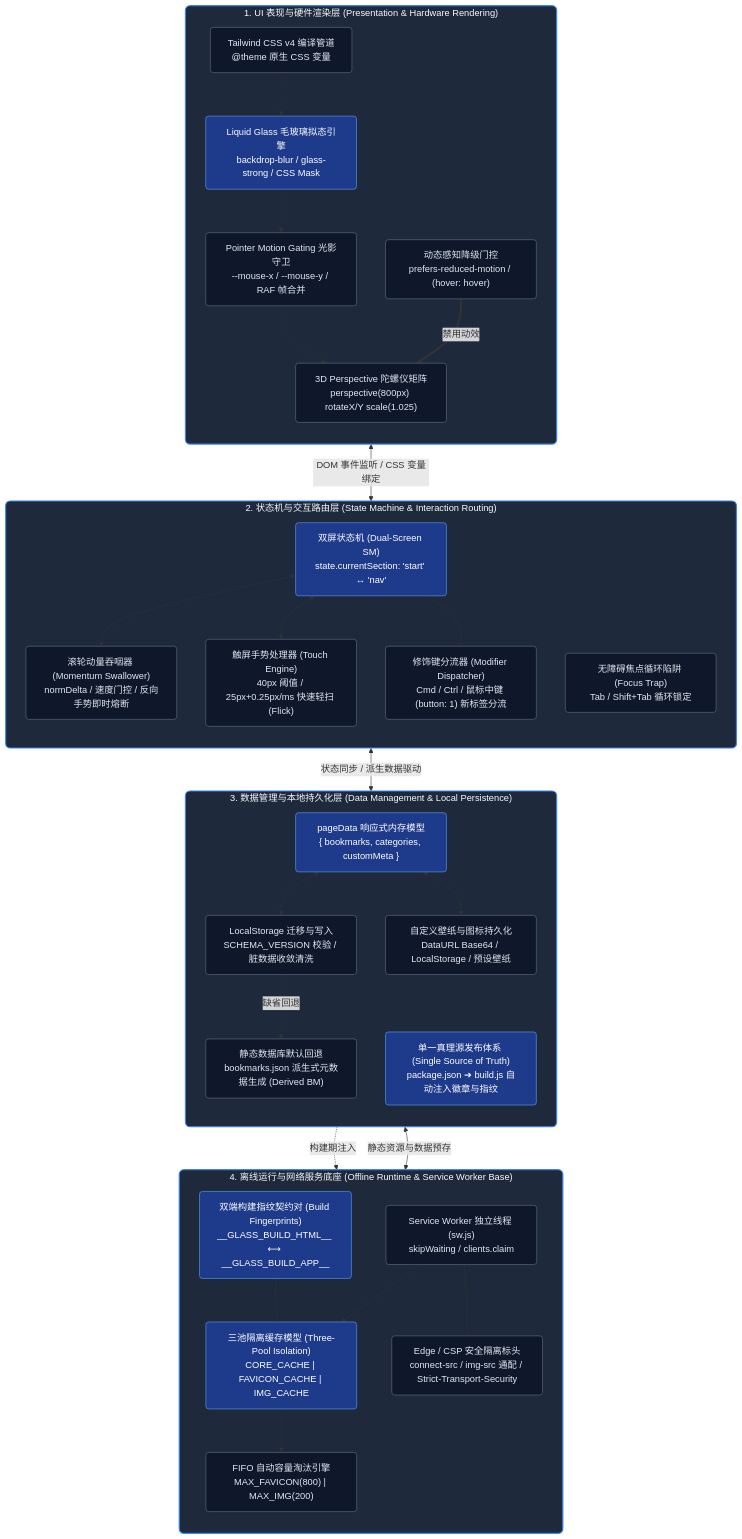
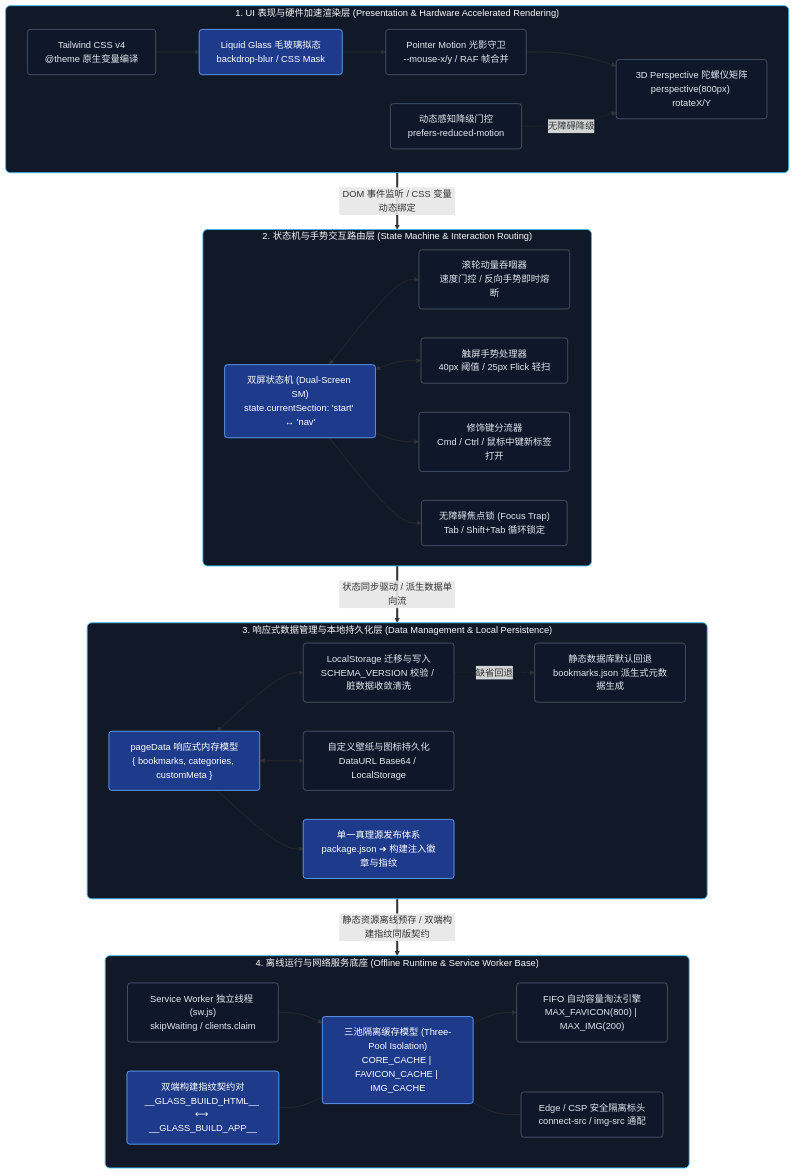
The first of 5 diagrams in ARCHITECTURE.md (leosdcn/glass-start), drawn with Mermaid before and after one commit. The commit also changed other lines of this file and 6 other files, not shown here.

First line of the commit message:
docs: optimize ARCHITECTURE diagrams & fix navigation 3D tilt gesture init

````diff
--- a/ARCHITECTURE.md
+++ b/ARCHITECTURE.md
@@ -23,76 +23,71 @@
 ```mermaid
-flowchart TB
+flowchart TD
     %% ======================= LAYER 1: UI & HARDWARE RENDERING =======================
-    subgraph L1 [" 1. UI 表现与硬件渲染层 (Presentation & Hardware Rendering) "]
-        direction TB
-        TW4["Tailwind CSS v4 编译管道<br/>@theme 原生 CSS 变量"]
-        LG["Liquid Glass 毛玻璃拟态引擎<br/>backdrop-blur / glass-strong / CSS Mask"]
-        PMG["Pointer Motion Gating 光影守卫<br/>--mouse-x / --mouse-y / RAF 帧合并"]
-        T3D["3D Perspective 陀螺仪矩阵<br/>perspective(800px) rotateX/Y scale(1.025)"]
-        A11Y_MOT["动态感知降级门控<br/>prefers-reduced-motion / (hover: hover)"]
+    subgraph L1 [" 1. UI 表现与硬件加速渲染层 (Presentation & Hardware Accelerated Rendering) "]
+        direction LR
+        TW4["Tailwind CSS v4<br/>@theme 原生变量编译"]:::nodeBox
+        LG["Liquid Glass 毛玻璃拟态<br/>backdrop-blur / CSS Mask"]:::activeBox
+        PMG["Pointer Motion 光影守卫<br/>--mouse-x/y / RAF 帧合并"]:::nodeBox
+        T3D["3D Perspective 陀螺仪矩阵<br/>perspective(800px) rotateX/Y"]:::nodeBox
+        A11Y_MOT["动态感知降级门控<br/>prefers-reduced-motion"]:::nodeBox
+
+        TW4 --> LG --> PMG --> T3D
+        A11Y_MOT -.->|"无障碍降级"| T3D
     end
 
     %% ======================= LAYER 2: STATE MACHINE & INTERACTION =======================
-    subgraph L2 [" 2. 状态机与交互路由层 (State Machine & Interaction Routing) "]
-        direction TB
-        SM["双屏状态机 (Dual-Screen SM)<br/>state.currentSection: 'start' ↔ 'nav'"]
-        WHEEL["滚轮动量吞咽器 (Momentum Swallower)<br/>normDelta / 速度门控 / 反向手势即时熔断"]
-        TOUCH["触屏手势处理器 (Touch Engine)<br/>40px 阈值 / 25px+0.25px/ms 快速轻扫 (Flick)"]
-        ROUTER["修饰键分流器 (Modifier Dispatcher)<br/>Cmd / Ctrl / 鼠标中键 (button: 1) 新标签分流"]
-        FOCUS_TRAP["无障碍焦点循环陷阱 (Focus Trap)<br/>Tab / Shift+Tab 循环锁定"]
+    subgraph L2 [" 2. 状态机与手势交互路由层 (State Machine & Interaction Routing) "]
+        direction LR
+        SM["双屏状态机 (Dual-Screen SM)<br/>state.currentSection: 'start' ↔ 'nav'"]:::activeBox
+        WHEEL["滚轮动量吞咽器<br/>速度门控 / 反向手势即时熔断"]:::nodeBox
+        TOUCH["触屏手势处理器<br/>40px 阈值 / 25px Flick 轻扫"]:::nodeBox
+        ROUTER["修饰键分流器<br/>Cmd / Ctrl / 鼠标中键新标签打开"]:::nodeBox
+        FOCUS_TRAP["无障碍焦点锁 (Focus Trap)<br/>Tab / Shift+Tab 循环锁定"]:::nodeBox
+
+        SM <--> WHEEL
+        SM <--> TOUCH
+        SM --> ROUTER
+        SM --> FOCUS_TRAP
     end
 
-    %% ======================= LAYER 3: DATA MANAGEMENT & STORAGE =======================
-    subgraph L3 [" 3. 数据管理与本地持久化层 (Data Management & Local Persistence) "]
-        direction TB
-        RUNTIME["pageData 响应式内存模型<br/>{ bookmarks, categories, customMeta }"]
-        MIGRATION["LocalStorage 迁移与写入<br/>SCHEMA_VERSION 校验 / 脏数据收敛清洗"]
-        ASSET_STORE["自定义壁纸与图标持久化<br/>DataURL Base64 / LocalStorage / 预设壁纸"]
-        FALLBACK_JSON["静态数据库默认回退<br/>bookmarks.json 派生式元数据生成 (Derived BM)"]
-        SSOT["单一真理源发布体系 (Single Source of Truth)<br/>package.json ➔ build.js 自动注入徽章与指纹"]
+    %% ======================= LAYER 3: DATA PERSISTENCE =======================
+    subgraph L3 [" 3. 响应式数据管理与本地持久化层 (Data Management & Local Persistence) "]
+        direction LR
+        RUNTIME["pageData 响应式内存模型<br/>{ bookmarks, categories, customMeta }"]:::activeBox
+        MIGRATION["LocalStorage 迁移与写入<br/>SCHEMA_VERSION 校验 / 脏数据收敛清洗"]:::nodeBox
+        ASSET_STORE["自定义壁纸与图标持久化<br/>DataURL Base64 / LocalStorage"]:::nodeBox
+        FALLBACK_JSON["静态数据库默认回退<br/>bookmarks.json 派生式元数据生成"]:::nodeBox
+        SSOT["单一真理源发布体系<br/>package.json ➔ 构建注入徽章与指纹"]:::activeBox
+
+        RUNTIME <--> MIGRATION
+        RUNTIME <--> ASSET_STORE
+        MIGRATION -.->|"缺省回退"| FALLBACK_JSON
+        RUNTIME --> SSOT
     end
 
     %% ======================= LAYER 4: SERVICE WORKER & SECURITY =======================
     subgraph L4 [" 4. 离线运行与网络服务底座 (Offline Runtime & Service Worker Base) "]
-        direction TB
-        SW_THREAD["Service Worker 独立线程 (sw.js)<br/>skipWaiting / clients.claim"]
-        THREE_CACHE["三池隔离缓存模型 (Three-Pool Isolation)<br/>CORE_CACHE | FAVICON_CACHE | IMG_CACHE"]
-        FIFO_PRUNE["FIFO 自动容量淘汰引擎<br/>MAX_FAVICON(800) | MAX_IMG(200)"]
-        CSP_SEC["Edge / CSP 安全隔离标头<br/>connect-src / img-src 通配 / Strict-Transport-Security"]
-        BUILD_FP["双端构建指纹契约对 (Build Fingerprints)<br/>__GLASS_BUILD_HTML__ ⟷ __GLASS_BUILD_APP__"]
+        direction LR
+        SW_THREAD["Service Worker 独立线程 (sw.js)<br/>skipWaiting / clients.claim"]:::nodeBox
+        THREE_CACHE["三池隔离缓存模型 (Three-Pool Isolation)<br/>CORE_CACHE | FAVICON_CACHE | IMG_CACHE"]:::activeBox
+        FIFO_PRUNE["FIFO 自动容量淘汰引擎<br/>MAX_FAVICON(800) | MAX_IMG(200)"]:::nodeBox
+        CSP_SEC["Edge / CSP 安全隔离标头<br/>connect-src / img-src 通配"]:::nodeBox
+        BUILD_FP["双端构建指纹契约对<br/>__GLASS_BUILD_HTML__ ⟷ __GLASS_BUILD_APP__"]:::activeBox
+
+        SW_THREAD --> THREE_CACHE --> FIFO_PRUNE
+        THREE_CACHE --- CSP_SEC
+        BUILD_FP --- THREE_CACHE
     end
 
-    %% ======================= RELATIONSHIPS =======================
-    L1 <-->|"DOM 事件监听 / CSS 变量绑定"| L2
-    L2 <-->|"状态同步 / 派生数据驱动"| L3
-    L3 <-->|"静态资源与数据预存"| L4
-
-    TW4 -.-> LG
-    LG -.-> PMG
-    PMG -.-> T3D
-    A11Y_MOT ==>|禁用动效| T3D
-
-    SM <--> WHEEL
-    SM <--> TOUCH
-    SM --- ROUTER
-    L2 --- FOCUS_TRAP
-
-    RUNTIME <--> MIGRATION
-    RUNTIME <--> ASSET_STORE
-    MIGRATION -.->|缺省回退| FALLBACK_JSON
-    SSOT -.->|构建期注入| BUILD_FP
-
-    SW_THREAD --> THREE_CACHE
-    THREE_CACHE --> FIFO_PRUNE
-    SW_THREAD --- CSP_SEC
-    BUILD_FP --- THREE_CACHE
+    %% ======================= LAYER INTERCONNECTIONS =======================
+    L1 ==>|"DOM 事件监听 / CSS 变量动态绑定"| L2
+    L2 ==>|"状态同步驱动 / 派生数据单向流"| L3
+    L3 ==>|"静态资源离线预存 / 双端构建指纹同版契约"| L4
 
     %% ======================= STYLES =======================
-    classDef layerBox fill:#1e293b,stroke:#3b82f6,stroke-width:2px,color:#f8fafc,rx:8px
+    classDef layerBox fill:#111827,stroke:#38bdf8,stroke-width:1.5px,color:#f8fafc,rx:8px
     classDef nodeBox fill:#0f172a,stroke:#64748b,stroke-width:1px,color:#e2e8f0,rx:5px
-    classDef activeBox fill:#1e3a8a,stroke:#60a5fa,stroke-width:1px,color:#ffffff,rx:5px
+    classDef activeBox fill:#1e3a8a,stroke:#60a5fa,stroke-width:1.5px,color:#ffffff,rx:5px
 
     class L1,L2,L3,L4 layerBox
-    class TW4,LG,PMG,T3D,A11Y_MOT,SM,WHEEL,TOUCH,ROUTER,FOCUS_TRAP,RUNTIME,MIGRATION,ASSET_STORE,FALLBACK_JSON,SSOT,SW_THREAD,THREE_CACHE,FIFO_PRUNE,CSP_SEC,BUILD_FP nodeBox
-    class SM,THREE_CACHE,RUNTIME,LG,SSOT,BUILD_FP activeBox
 ```
````
